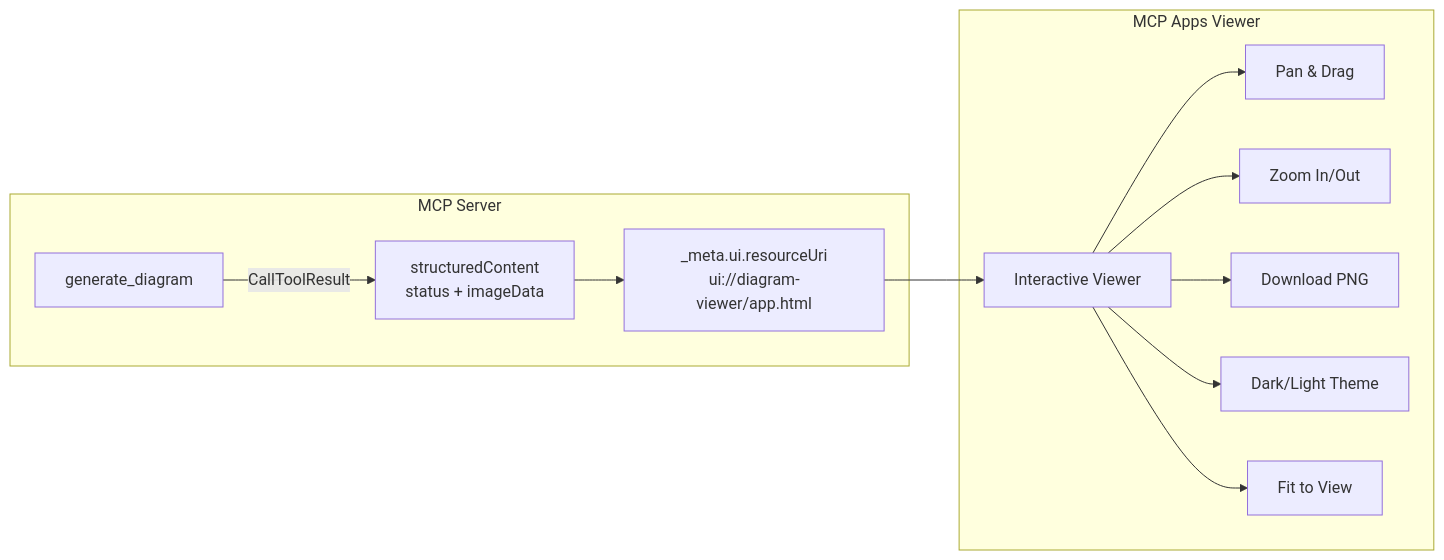
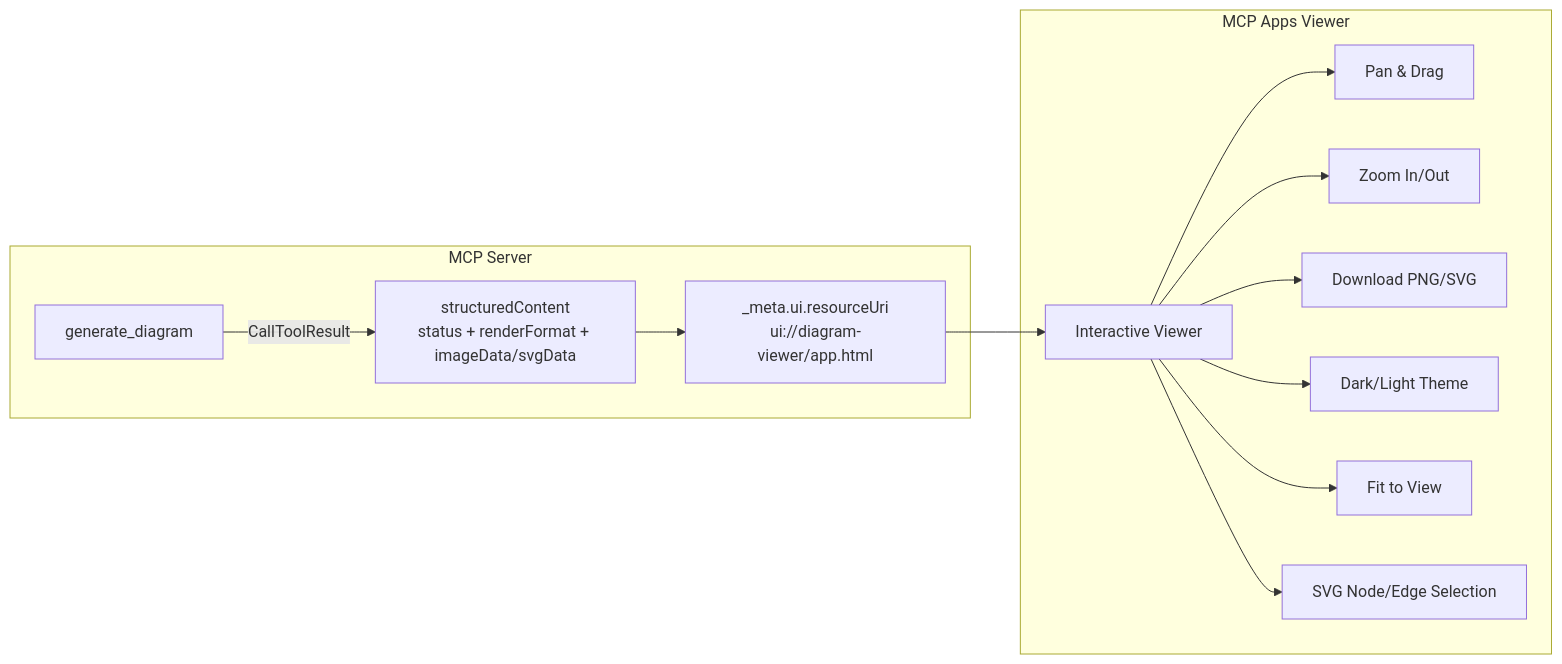
The fourth of 5 diagrams in README.md (microsoft/diagrams-mcp-server), drawn with Mermaid before and after one commit. The commit also changed other lines of this file and 9 other files, not shown here.

````diff
--- a/README.md
+++ b/README.md
@@ -204,16 +217,17 @@
 ```mermaid
 graph LR
     subgraph "MCP Server"
-        GD[generate_diagram] -->|CallToolResult| SC[structuredContent<br/>status + imageData]
+        GD[generate_diagram] -->|CallToolResult| SC[structuredContent<br/>status + renderFormat + imageData/svgData]
         SC --> META["_meta.ui.resourceUri<br/>ui://diagram-viewer/app.html"]
     end
 
     subgraph "MCP Apps Viewer"
         META --> V[Interactive Viewer]
         V --> PAN[Pan & Drag]
         V --> ZOOM[Zoom In/Out]
-        V --> DL[Download PNG]
+        V --> DL[Download PNG/SVG]
         V --> THEME[Dark/Light Theme]
         V --> FIT[Fit to View]
+        V --> SEL[SVG Node/Edge Selection]
     end
 ```
````
